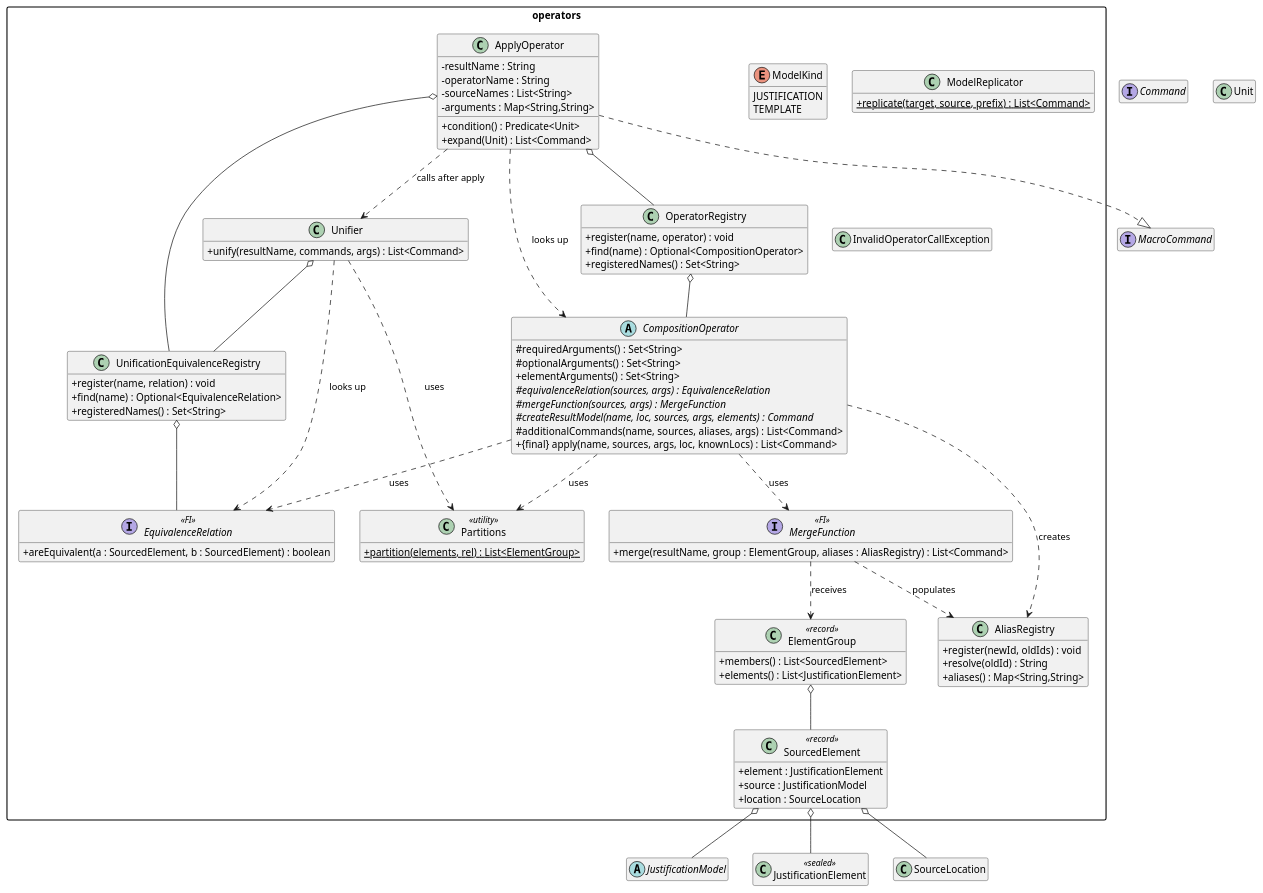
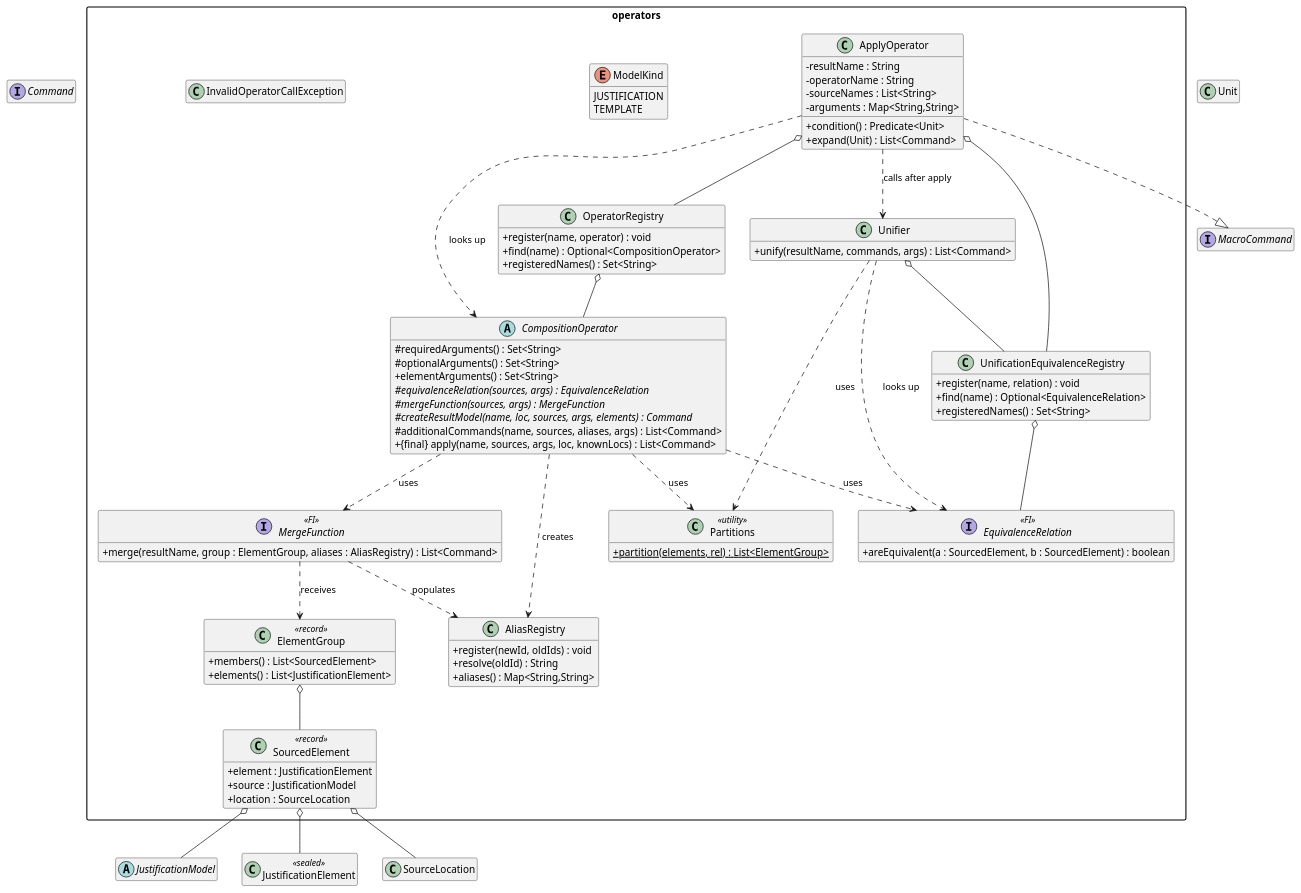
The first of 3 diagrams in docs/design/operators.md (jpipe-mcscert/jpipe-compiler), drawn with PlantUML before and after one commit. The commit also changed other lines of this file and 13 other files, not shown here.

```diff
--- a/docs/design/operators.md
+++ b/docs/design/operators.md
@@ -229,10 +225,6 @@
     TEMPLATE
   }
 
-  class ModelReplicator {
-    + {static} replicate(target, source, prefix) : List<Command>
-  }
-
   class InvalidOperatorCallException
 
   CompositionOperator ..> EquivalenceRelation : uses
```
